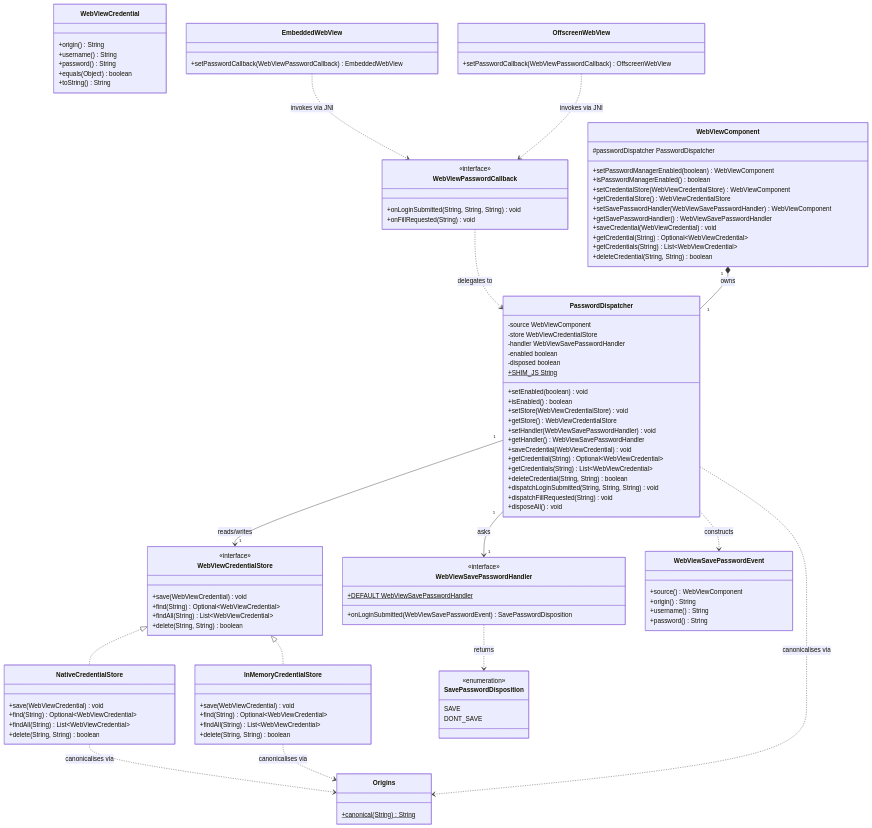
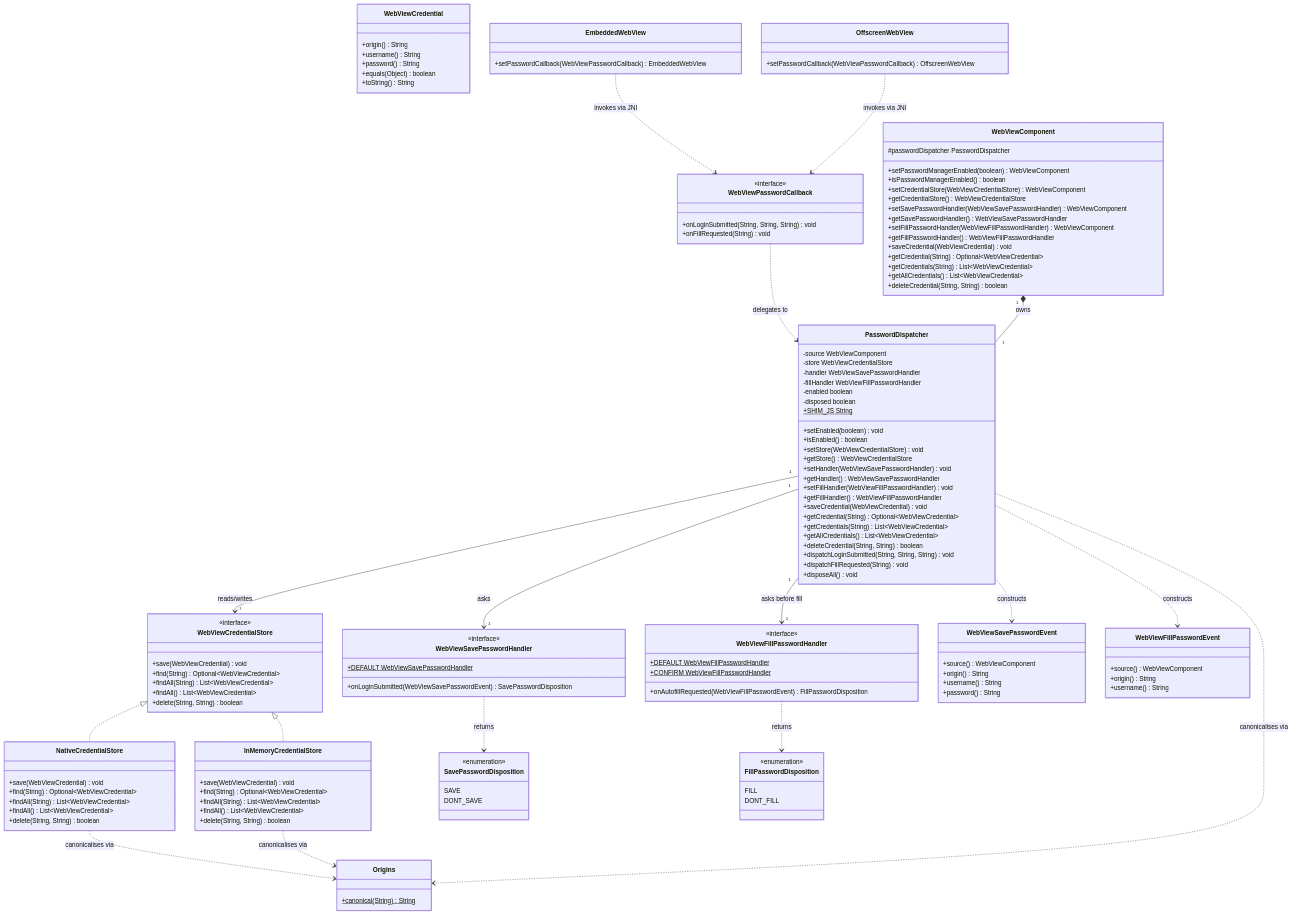
Before and after one commit to shannah/webviewjar: the diagram in spdd/prompt/26-202608131530-[Feat]-Webview-Native-Password-Manager-And-Macos-Coverage.md, drawn with Mermaid. The commit also changed other lines of this file and 19 other files, not shown here.

First line of the commit message:
Add autofill-consent handler + enumerate-all to the password manager (Canvas 26/27/28)

```diff
--- a/spdd/prompt/26-202608131530-[Feat]-Webview-Native-Password-Manager-And-Macos-Coverage.md
+++ b/spdd/prompt/26-202608131530-[Feat]-Webview-Native-Password-Manager-And-Macos-Coverage.md
@@ -360,6 +488,7 @@
     +save(WebViewCredential) void
     +find(String) Optional~WebViewCredential~
     +findAll(String) List~WebViewCredential~
+    +findAll() List~WebViewCredential~
     +delete(String, String) boolean
 }
 
@@ -367,6 +496,7 @@
     +save(WebViewCredential) void
     +find(String) Optional~WebViewCredential~
     +findAll(String) List~WebViewCredential~
+    +findAll() List~WebViewCredential~
     +delete(String, String) boolean
 }
 
@@ -374,6 +504,7 @@
     +save(WebViewCredential) void
     +find(String) Optional~WebViewCredential~
     +findAll(String) List~WebViewCredential~
+    +findAll() List~WebViewCredential~
     +delete(String, String) boolean
 }
 
@@ -396,6 +527,25 @@
     +DEFAULT WebViewSavePasswordHandler$
 }
 
+class WebViewFillPasswordEvent {
+    +source() WebViewComponent
+    +origin() String
+    +username() String
+}
+
+class FillPasswordDisposition {
+    <<enumeration>>
+    FILL
+    DONT_FILL
+}
+
+class WebViewFillPasswordHandler {
+    <<interface>>
+    +onAutofillRequested(WebViewFillPasswordEvent) FillPasswordDisposition
+    +DEFAULT WebViewFillPasswordHandler$
+    +CONFIRM WebViewFillPasswordHandler$
+}
+
 class WebViewPasswordCallback {
     <<interface>>
     +onLoginSubmitted(String, String, String) void
@@ -410,6 +560,7 @@
     -source WebViewComponent
     -store WebViewCredentialStore
     -handler WebViewSavePasswordHandler
+    -fillHandler WebViewFillPasswordHandler
     -enabled boolean
     -disposed boolean
     +setEnabled(boolean) void
@@ -418,9 +569,12 @@
     +getStore() WebViewCredentialStore
     +setHandler(WebViewSavePasswordHandler) void
     +getHandler() WebViewSavePasswordHandler
+    +setFillHandler(WebViewFillPasswordHandler) void
+    +getFillHandler() WebViewFillPasswordHandler
     +saveCredential(WebViewCredential) void
     +getCredential(String) Optional~WebViewCredential~
     +getCredentials(String) List~WebViewCredential~
+    +getAllCredentials() List~WebViewCredential~
     +deleteCredential(String, String) boolean
     +dispatchLoginSubmitted(String, String, String) void
     +dispatchFillRequested(String) void
@@ -436,9 +590,12 @@
     +getCredentialStore() WebViewCredentialStore
     +setSavePasswordHandler(WebViewSavePasswordHandler) WebViewComponent
     +getSavePasswordHandler() WebViewSavePasswordHandler
+    +setFillPasswordHandler(WebViewFillPasswordHandler) WebViewComponent
+    +getFillPasswordHandler() WebViewFillPasswordHandler
     +saveCredential(WebViewCredential) void
     +getCredential(String) Optional~WebViewCredential~
     +getCredentials(String) List~WebViewCredential~
+    +getAllCredentials() List~WebViewCredential~
     +deleteCredential(String, String) boolean
 }
 
@@ -455,9 +612,12 @@
 WebViewComponent "1" *-- "1" PasswordDispatcher : owns
 PasswordDispatcher "1" --> "1" WebViewCredentialStore : reads/writes
 PasswordDispatcher "1" --> "1" WebViewSavePasswordHandler : asks
+PasswordDispatcher "1" --> "1" WebViewFillPasswordHandler : asks before fill
 PasswordDispatcher ..> WebViewSavePasswordEvent : constructs
+PasswordDispatcher ..> WebViewFillPasswordEvent : constructs
 PasswordDispatcher ..> Origins : canonicalises via
 WebViewSavePasswordHandler ..> SavePasswordDisposition : returns
+WebViewFillPasswordHandler ..> FillPasswordDisposition : returns
 NativeCredentialStore ..> Origins : canonicalises via
 InMemoryCredentialStore ..> Origins : canonicalises via
 EmbeddedWebView ..> WebViewPasswordCallback : invokes via JNI
```
